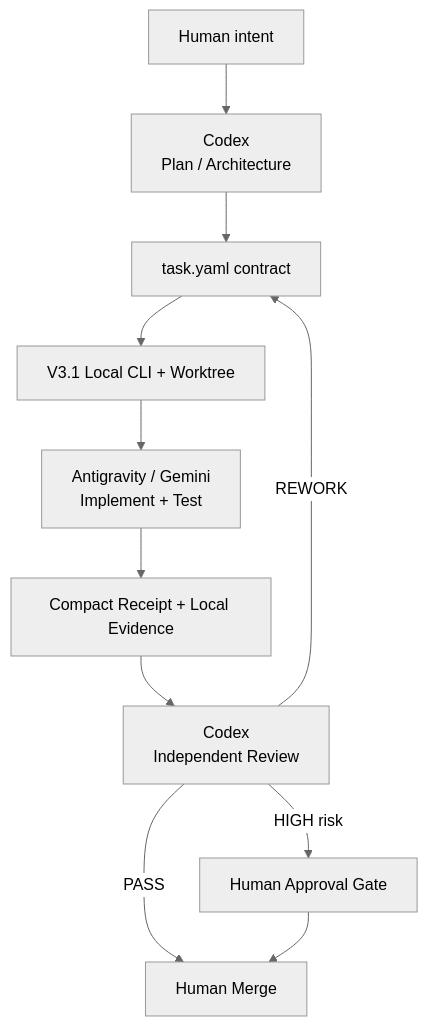
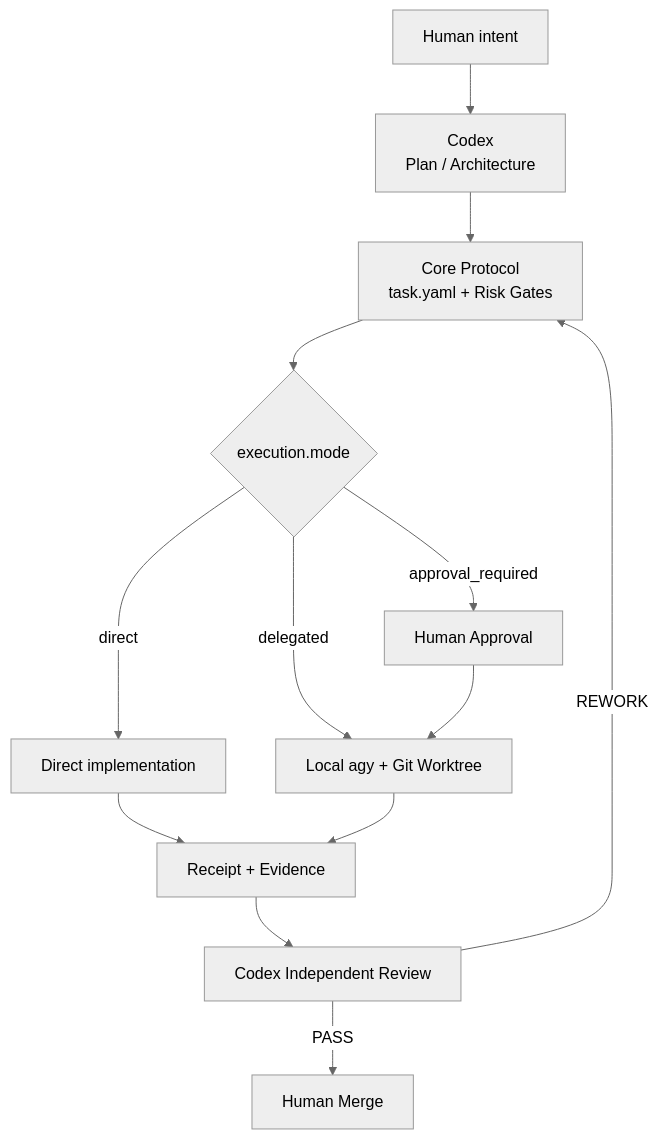
Before and after one commit to zhttttttty/gpt-antigravity-dev-control: the diagram in README.md, drawn with Mermaid (neutral theme). The commit also changed other lines of this file and 36 other files, not shown here.

Commit message:
refactor: unify core protocol and local delegation

````diff
--- a/README.md
+++ b/README.md
@@ -36,13 +48,15 @@
 ```mermaid
 flowchart TD
-    H[Human intent] --> G[Codex\nPlan / Architecture]
-    G --> T[task.yaml contract]
-    T --> O[V3.1 Local CLI + Worktree]
-    O --> A[Antigravity / Gemini\nImplement + Test]
-    A --> E[Compact Receipt + Local Evidence]
-    E --> R[Codex\nIndependent Review]
-    R -->|PASS| M[Human Merge]
-    R -->|REWORK| T
-    R -->|HIGH risk| X[Human Approval Gate]
-    X --> M
+    H[Human intent] --> C[Codex\nPlan / Architecture]
+    C --> T[Core Protocol\ntask.yaml + Risk Gates]
+    T --> R{execution.mode}
+    R -->|direct| D[Direct implementation]
+    R -->|delegated| A[Local agy + Git Worktree]
+    R -->|approval_required| X[Human Approval]
+    X --> A
+    D --> E[Receipt + Evidence]
+    A --> E
+    E --> V[Codex Independent Review]
+    V -->|REWORK| T
+    V -->|PASS| M[Human Merge]
 ```
````
